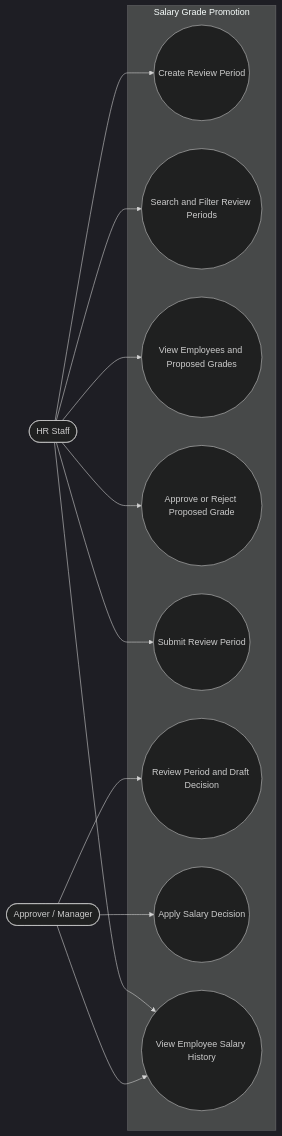
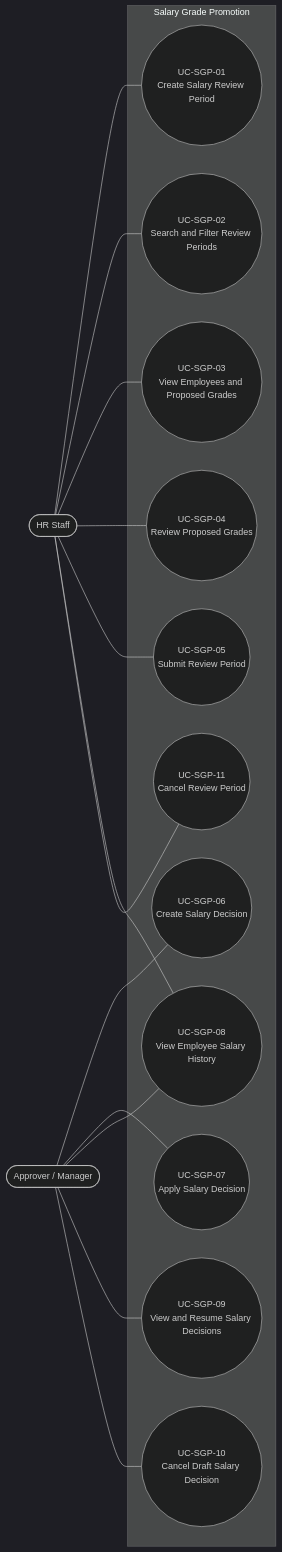
One commit to sang2197/QuanLyNhanSu-NguyenVanSang changed the first of 3 diagrams in Docs/Requirements/UseCase_SalaryGradePromotion.md. Above: the diagram before and after it, drawn with Mermaid (dark theme). The commit also changed other lines of this file and 9 other files, not shown here.

````diff
--- a/Docs/Requirements/UseCase_SalaryGradePromotion.md
+++ b/Docs/Requirements/UseCase_SalaryGradePromotion.md
@@ -12,26 +39,33 @@
 ```mermaid
 flowchart LR
     HR([HR Staff])
     APR([Approver / Manager])
 
     subgraph System["Salary Grade Promotion"]
-        UC1((Create Review Period))
-        UC2((Search and Filter Review Periods))
-        UC3((View Employees and Proposed Grades))
-        UC4((Approve or Reject Proposed Grade))
-        UC5((Submit Review Period))
-        UC6((Review Period and Draft Decision))
-        UC7((Apply Salary Decision))
-        UC8((View Employee Salary History))
+        UC1((UC-SGP-01<br/>Create Salary Review Period))
+        UC2((UC-SGP-02<br/>Search and Filter Review Periods))
+        UC3((UC-SGP-03<br/>View Employees and Proposed Grades))
+        UC4((UC-SGP-04<br/>Review Proposed Grades))
+        UC5((UC-SGP-05<br/>Submit Review Period))
+        UC6((UC-SGP-06<br/>Create Salary Decision))
+        UC7((UC-SGP-07<br/>Apply Salary Decision))
+        UC8((UC-SGP-08<br/>View Employee Salary History))
+        UC9((UC-SGP-09<br/>View and Resume Salary Decisions))
+        UC10((UC-SGP-10<br/>Cancel Draft Salary Decision))
+        UC11((UC-SGP-11<br/>Cancel Review Period))
     end
 
-    HR --> UC1
-    HR --> UC2
-    HR --> UC3
-    HR --> UC4
-    HR --> UC5
-    HR --> UC8
-    APR --> UC6
-    APR --> UC7
-    APR --> UC8
+    HR --- UC1
+    HR --- UC2
+    HR --- UC3
+    HR --- UC4
+    HR --- UC5
+    HR --- UC8
+    HR --- UC11
+
+    APR --- UC6
+    APR --- UC7
+    APR --- UC8
+    APR --- UC9
+    APR --- UC10
 ```
````
